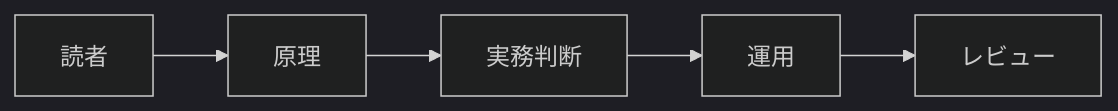
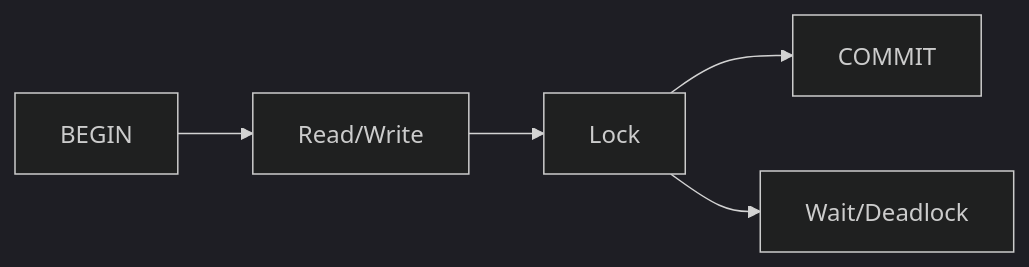
One commit to isksss/awesome changed the diagram in docs/db/transaction-lock-tuning.md. Above: the diagram before and after it, drawn with Mermaid (dark theme). The commit also changed other lines of this file and 28 other files, not shown here.

````diff
--- a/docs/db/transaction-lock-tuning.md
+++ b/docs/db/transaction-lock-tuning.md
@@ -80,7 +33,7 @@
 ```mermaid
 flowchart LR
-  Reader[読者] --> Concept[原理]
-  Concept --> Practice[実務判断]
-  Practice --> Operation[運用]
-  Operation --> Review[レビュー]
+  Begin[BEGIN] --> Read[Read/Write]
+  Read --> Lock[Lock]
+  Lock --> Commit[COMMIT]
+  Lock --> Wait[Wait/Deadlock]
 ```
````
